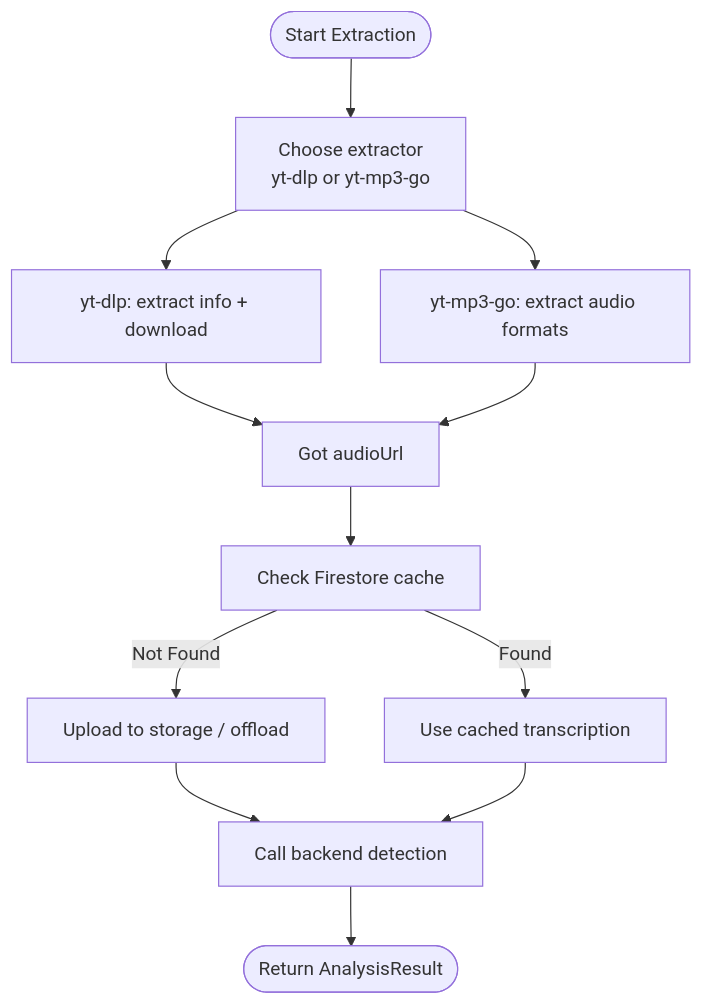
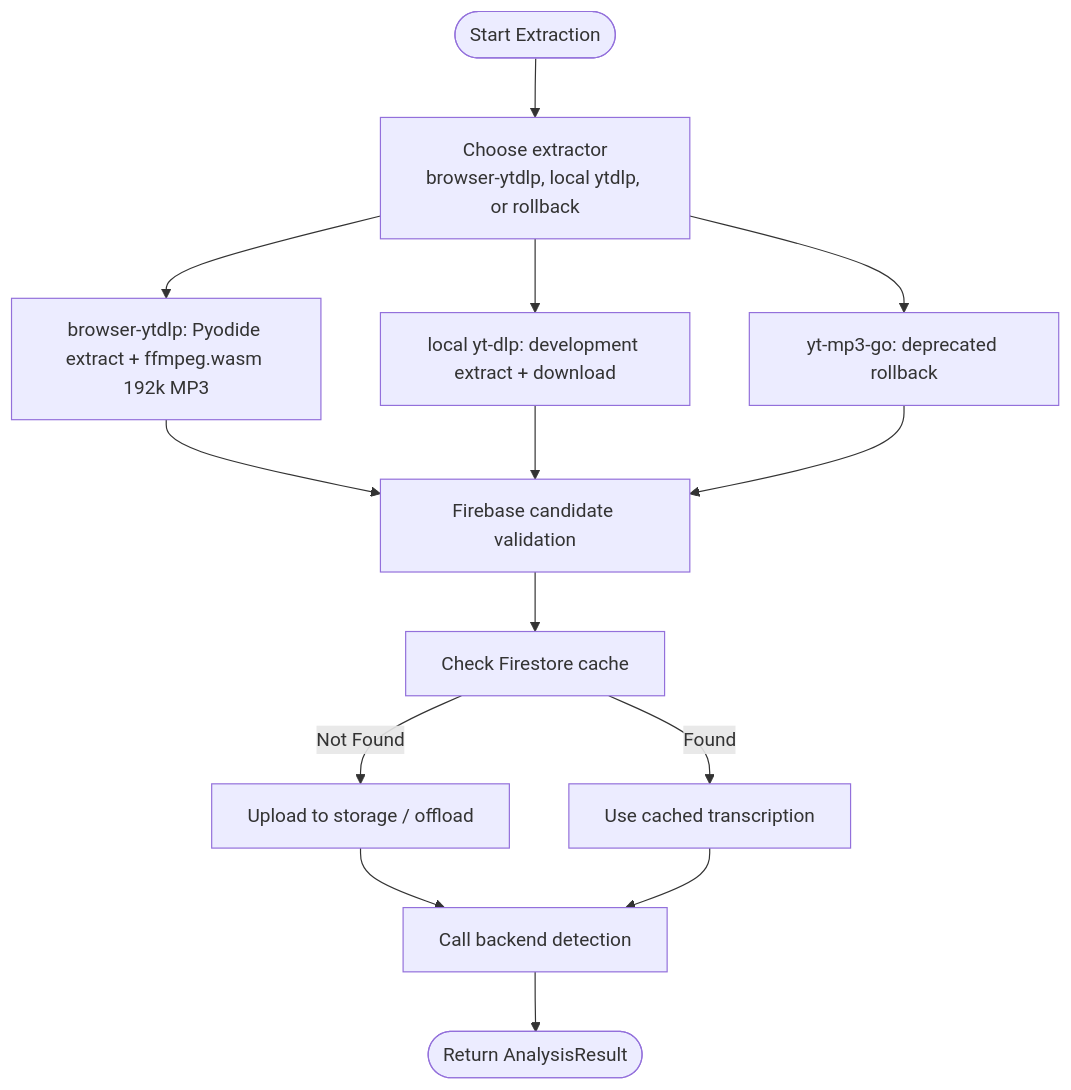
One commit to ptnghia-j/ChordMiniApp changed the third of 8 diagrams in .qoder/repowiki/en/content/Audio Processing and Analysis/Audio Processing and Analysis.md. Above: the diagram before and after it, drawn with Mermaid. The commit also changed other lines of this file and 60 other files, not shown here.

Commit message:
completed migration to client side audio extraction

````diff
--- a/.qoder/repowiki/en/content/Audio Processing and Analysis/Audio Processing and Analysis.md
+++ b/.qoder/repowiki/en/content/Audio Processing and Analysis/Audio Processing and Analysis.md
@@ -163,14 +167,16 @@
 ```mermaid
 flowchart TD
-Start(["Start Extraction"]) --> Choose["Choose extractor<br/>yt-dlp or yt-mp3-go"]
-Choose --> YTDL["yt-dlp: extract info + download"]
-Choose --> YTMP3["yt-mp3-go: extract audio formats"]
-YTDL --> GotURL["Got audioUrl"]
-YTMP3 --> GotURL
-GotURL --> CacheCheck["Check Firestore cache"]
+Start(["Start Extraction"]) --> Choose["Choose extractor<br/>browser-ytdlp, local ytdlp, or rollback"]
+Choose --> Browser["browser-ytdlp: Pyodide extract + ffmpeg.wasm 192k MP3"]
+Choose --> YTDL["local yt-dlp: development extract + download"]
+Choose --> YTMP3["yt-mp3-go: deprecated rollback"]
+Browser --> Candidate["Firebase candidate validation"]
+YTDL --> Candidate
+YTMP3 --> Candidate
+Candidate --> CacheCheck["Check Firestore cache"]
 CacheCheck --> |Found| UseCache["Use cached transcription"]
 CacheCheck --> |Not Found| Upload["Upload to storage / offload"]
 Upload --> Analyze["Call backend detection"]
 UseCache --> Analyze
 Analyze --> Done(["Return AnalysisResult"])
 ```
````
